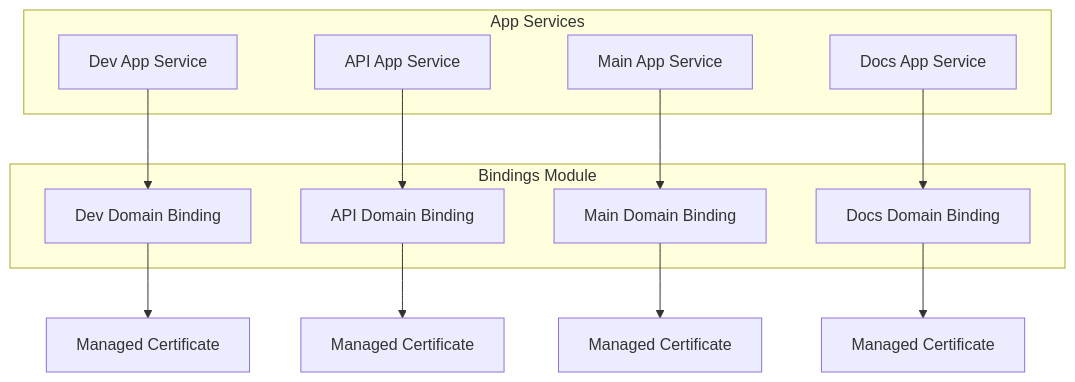
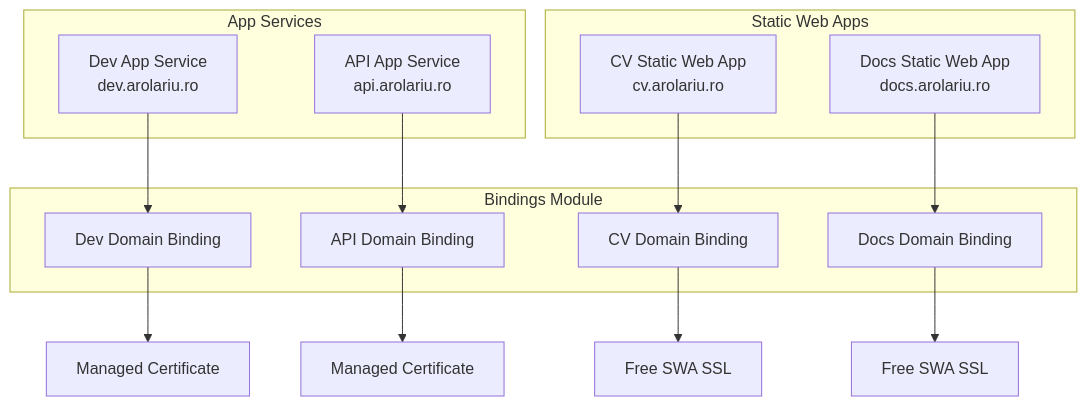
Before and after one commit to arolariu/arolariu.ro: the diagram in infra/Azure/Bicep/bindings/README.md, drawn with Mermaid. The commit also changed other lines of this file and 10 other files, not shown here.

````diff
--- a/infra/Azure/Bicep/bindings/README.md
+++ b/infra/Azure/Bicep/bindings/README.md
@@ -69,26 +86,29 @@
 ```mermaid
 flowchart TD
     subgraph "App Services"
-      DEV[Dev App Service]
-      API[API App Service]
-      MAIN[Main App Service]
-      DOCS[Docs App Service]
+      DEV[Dev App Service<br/>dev.arolariu.ro]
+      API[API App Service<br/>api.arolariu.ro]
+    end
+
+    subgraph "Static Web Apps"
+      CV[CV Static Web App<br/>cv.arolariu.ro]
+      DOCS[Docs Static Web App<br/>docs.arolariu.ro]
     end
 
     subgraph "Bindings Module"
       DEV_BIND[Dev Domain Binding]
       API_BIND[API Domain Binding]
-      MAIN_BIND[Main Domain Binding]
+      CV_BIND[CV Domain Binding]
       DOCS_BIND[Docs Domain Binding]
     end
 
     DEV --> DEV_BIND
     API --> API_BIND
-    MAIN --> MAIN_BIND
+    CV --> CV_BIND
     DOCS --> DOCS_BIND
 
     DEV_BIND --> CERT1[Managed Certificate]
     API_BIND --> CERT2[Managed Certificate]
-    MAIN_BIND --> CERT3[Managed Certificate]
-    DOCS_BIND --> CERT4[Managed Certificate]
+    CV_BIND --> CERT3[Free SWA SSL]
+    DOCS_BIND --> CERT4[Free SWA SSL]
 ```
````
